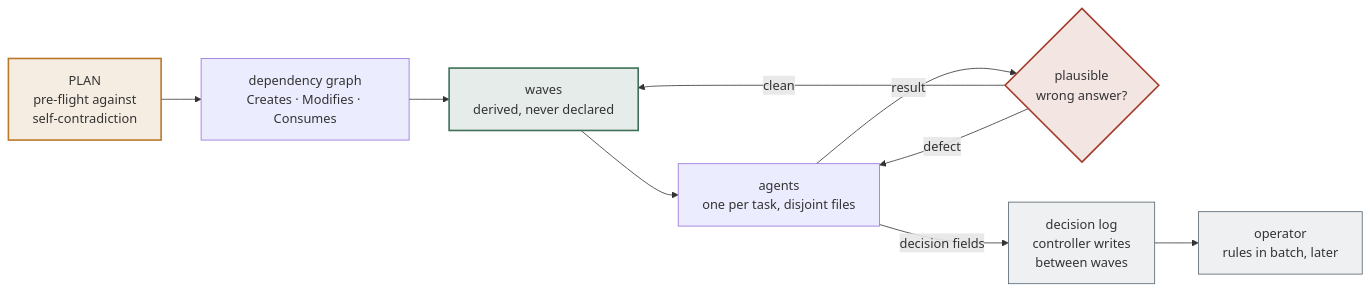
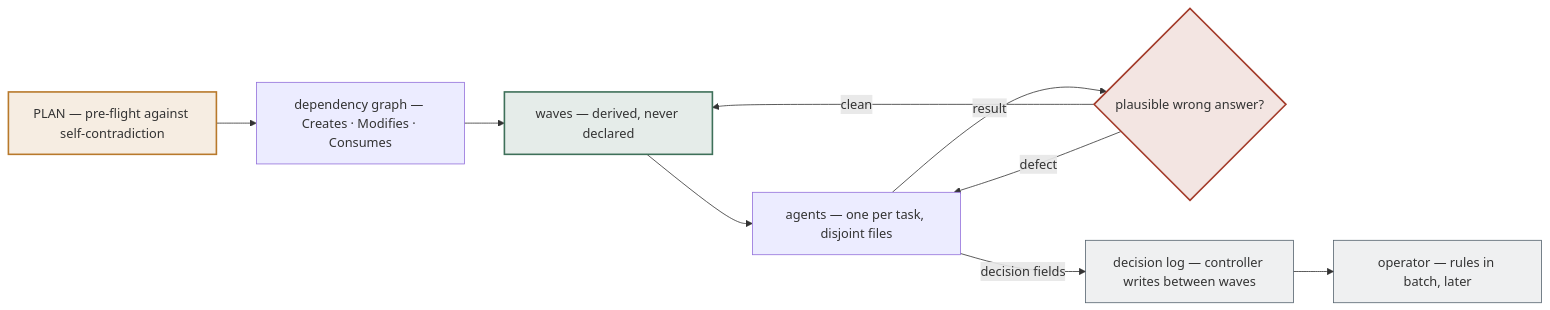
The diagram in README.md (mikl0s/spp), drawn with Mermaid before and after one commit.

Commit message:
chore: dropped html in mermaid, again...

````diff
--- a/README.md
+++ b/README.md
@@ -94,23 +94,23 @@
 ```mermaid
 flowchart LR
-    PLAN["PLAN<br>pre-flight against<br>self-contradiction"]
-    G["dependency graph<br>Creates · Modifies · Consumes"]
-    W["waves<br>derived, never declared"]
-    A["agents<br>one per task, disjoint files"]
-    R{"plausible<br>wrong answer?"}
-    D["decision log<br>controller writes<br>between waves"]
-    OP["operator<br>rules in batch, later"]
+    PLAN["PLAN — pre-flight against self-contradiction"]
+    G["dependency graph — Creates · Modifies · Consumes"]
+    W["waves — derived, never declared"]
+    A["agents — one per task, disjoint files"]
+    R{"plausible wrong answer?"}
+    D["decision log — controller writes between waves"]
+    OP["operator — rules in batch, later"]
 
     PLAN --> G --> W --> A
     A -->|"result"| R
     R -->|"clean"| W
     R -->|"defect"| A
     A -->|"decision fields"| D
     D --> OP
 
     style PLAN fill:#B8792B22,stroke:#B8792B,stroke-width:2px
     style W fill:#3E705922,stroke:#3E7059,stroke-width:2px
     style R fill:#A33B2A22,stroke:#A33B2A,stroke-width:2px
     style D fill:#16202B11,stroke:#55636E
     style OP fill:#16202B11,stroke:#55636E
 ```
````
